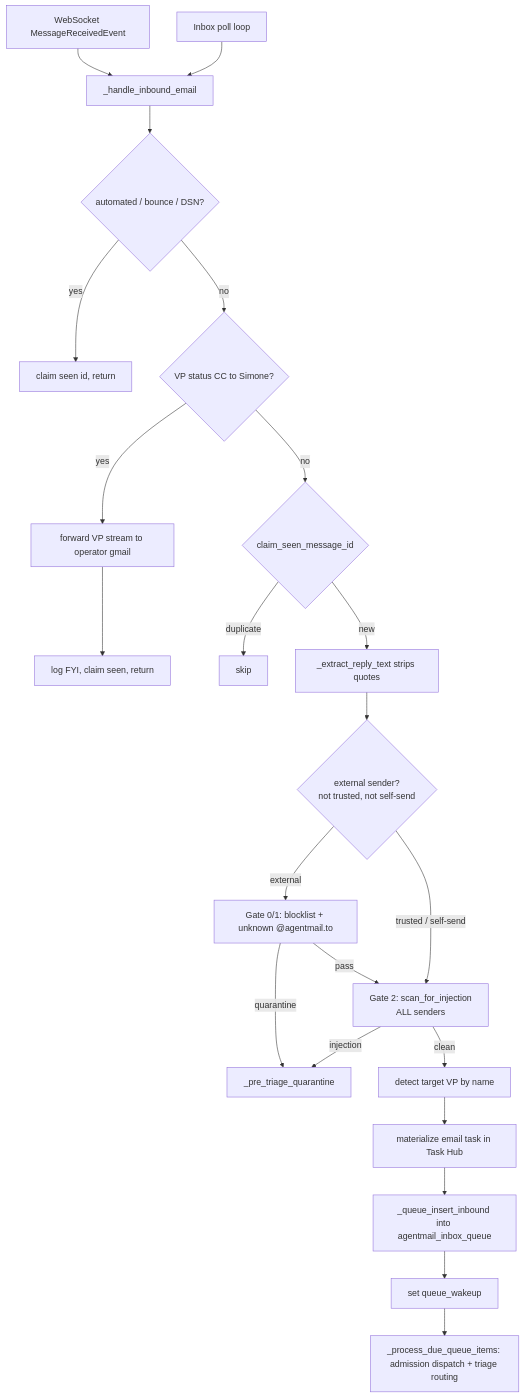
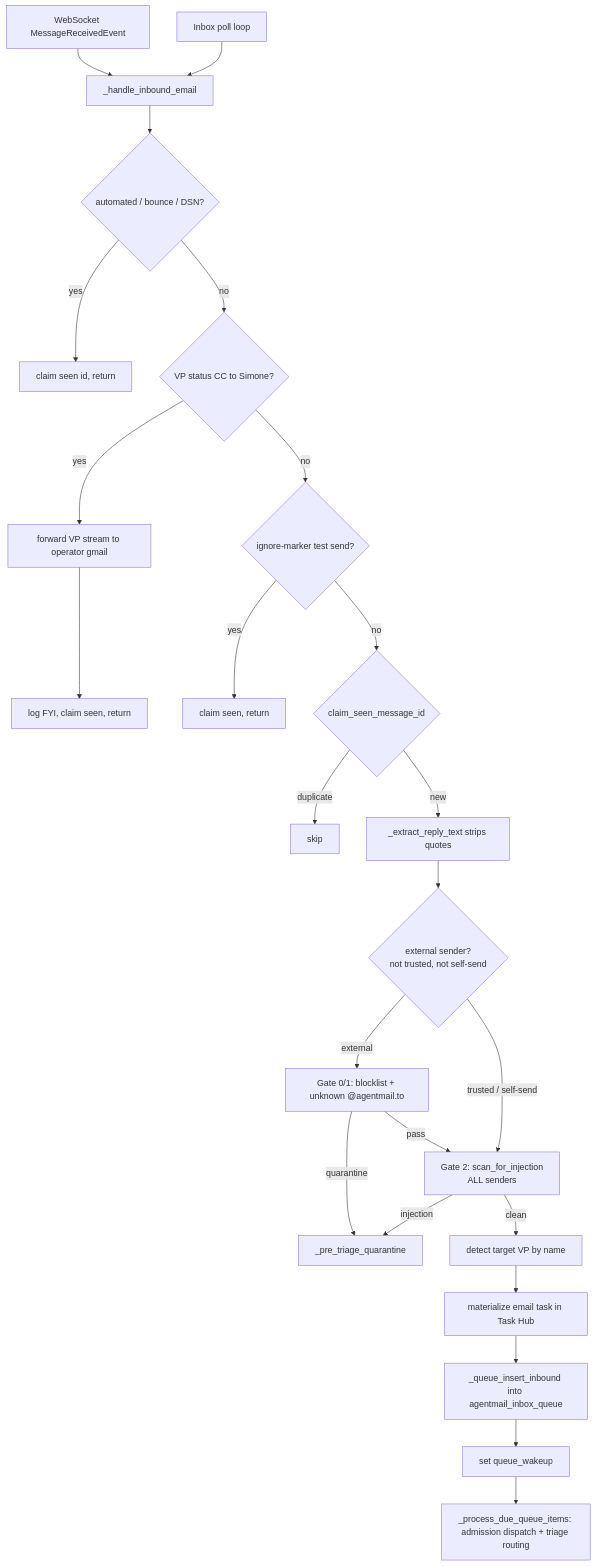
One commit to Kjdragan/universal_agent changed the diagram in project_docs/05_channels/01_email_agentmail.md. Above: the diagram before and after it, drawn with Mermaid. The commit also changed other lines of this file and 7 other files, not shown here.

````diff
--- a/project_docs/05_channels/01_email_agentmail.md
+++ b/project_docs/05_channels/01_email_agentmail.md
@@ -84,24 +84,26 @@
 ```mermaid
 flowchart TD
     WS[WebSocket MessageReceivedEvent] --> H[_handle_inbound_email]
     POLL[Inbox poll loop] --> H
     H --> AUTO{automated / bounce / DSN?}
     AUTO -- yes --> DROP[claim seen id, return]
     AUTO -- no --> VPCC{VP status CC to Simone?}
     VPCC -- yes --> FWD[forward VP stream to operator gmail]
     FWD --> DROP2[log FYI, claim seen, return]
-    VPCC -- no --> SEEN{claim_seen_message_id}
+    VPCC -- no --> IGN{ignore-marker test send?}
+    IGN -- yes --> DROP2b[claim seen, return]
+    IGN -- no --> SEEN{claim_seen_message_id}
     SEEN -- duplicate --> DROP3[skip]
     SEEN -- new --> EXTRACT[_extract_reply_text strips quotes]
     EXTRACT --> ORIGIN{external sender?<br/>not trusted, not self-send}
     ORIGIN -- external --> G01[Gate 0/1: blocklist + unknown @agentmail.to]
     G01 -- quarantine --> PTQ[_pre_triage_quarantine]
     G01 -- pass --> SCAN[Gate 2: scan_for_injection<br/>ALL senders]
     ORIGIN -- "trusted / self-send" --> SCAN
     SCAN -- injection --> PTQ
     SCAN -- clean --> TGT[detect target VP by name]
     TGT --> MAT[materialize email task in Task Hub]
     MAT --> QUEUE[_queue_insert_inbound into agentmail_inbox_queue]
     QUEUE --> WAKE[set queue_wakeup]
     WAKE --> LOOP[_process_due_queue_items: admission dispatch + triage routing]
 ```
````
